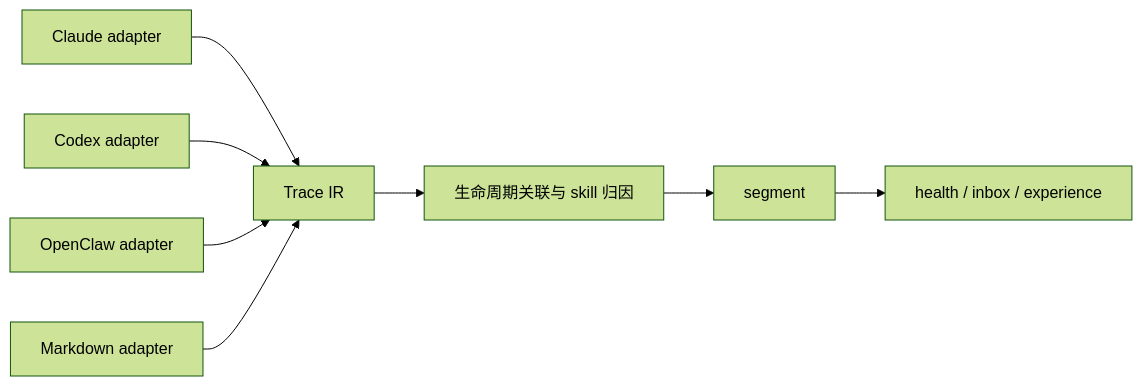
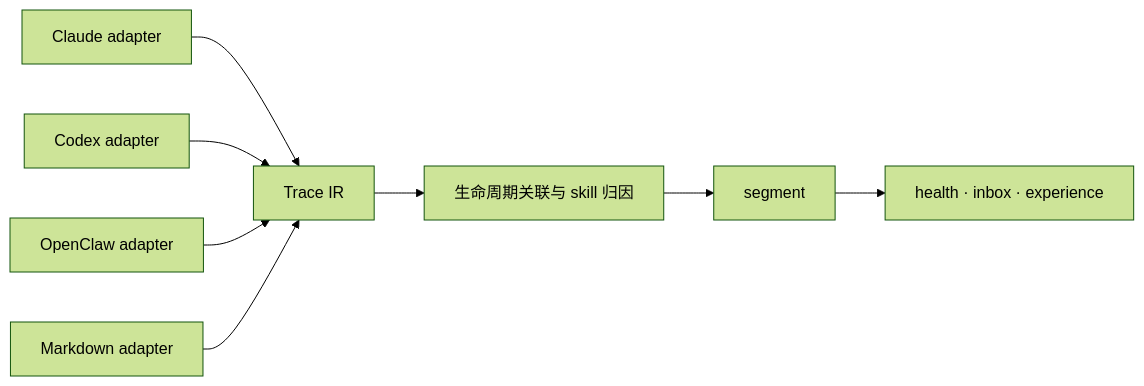
The second of 2 diagrams in docs/zh/explanation/architecture.md (lizhiyao/oh-my-knowledge), drawn with Mermaid (forest theme) before and after one commit. The commit also changed other lines of this file and 33 other files, not shown here.

````diff
--- a/docs/zh/explanation/architecture.md
+++ b/docs/zh/explanation/architecture.md
@@ -70,10 +48,10 @@
 ```mermaid
 flowchart LR
     C["Claude adapter"] --> IR["Trace IR"]
     X["Codex adapter"] --> IR
     O["OpenClaw adapter"] --> IR
     M["Markdown adapter"] --> IR
     IR --> A["生命周期关联与 skill 归因"]
     A --> S["segment"]
-    S --> R["health / inbox / experience"]
+    S --> R["health · inbox · experience"]
 ```
````
